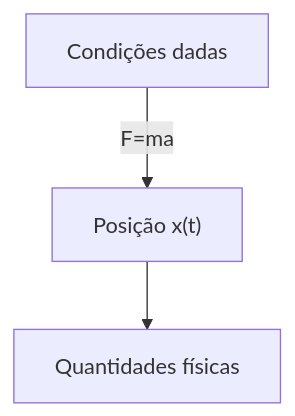
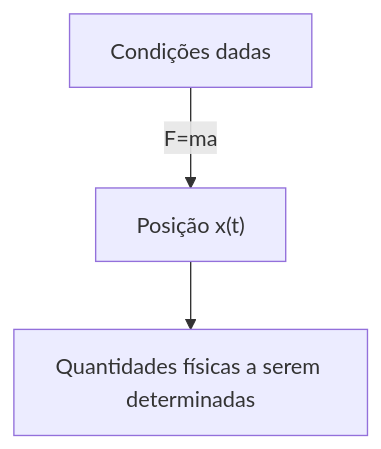
One commit to yunseo-kim/yunseo-kim.github.io changed the first of 2 diagrams in _posts/pt-BR/2024-10-08-schrodinger-equation-and-the-wave-function.md. Above: the diagram before and after it, drawn with Mermaid. The commit also changed other lines of this file and 84 other files, not shown here.

````diff
--- a/_posts/pt-BR/2024-10-08-schrodinger-equation-and-the-wave-function.md
+++ b/_posts/pt-BR/2024-10-08-schrodinger-equation-and-the-wave-function.md
@@ -40,5 +35,5 @@
 ```mermaid
 flowchart TD
 	conditions["Condições dadas"] -- F=ma --> x["Posição x(t)"]
-	x --> quantities["Quantidades físicas"]
+	x --> quantities["Quantidades físicas a serem determinadas"]
 ```
````
